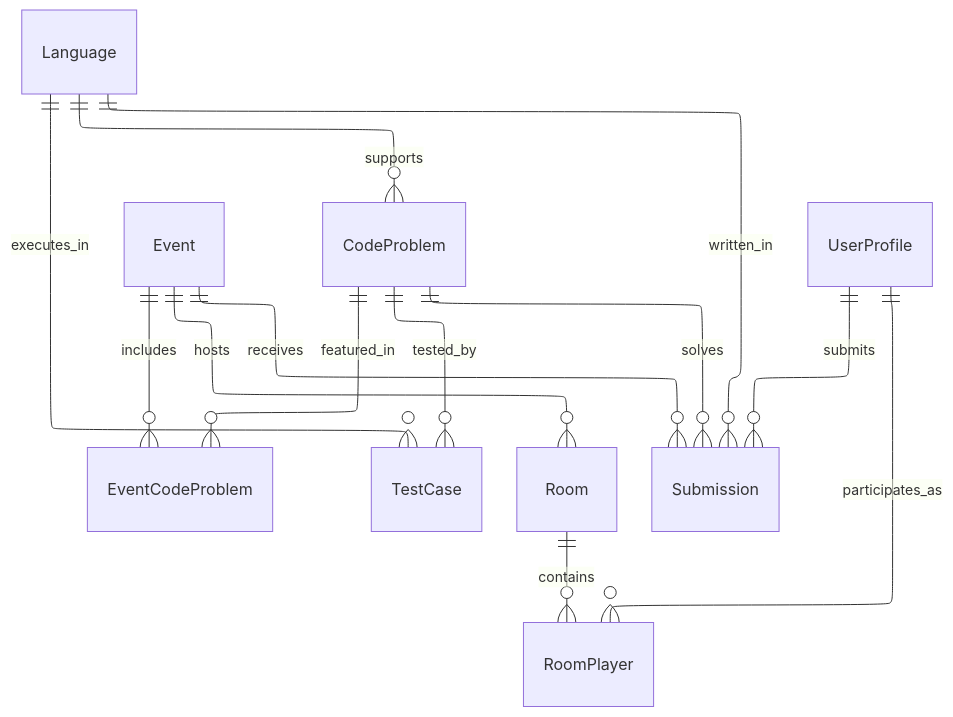
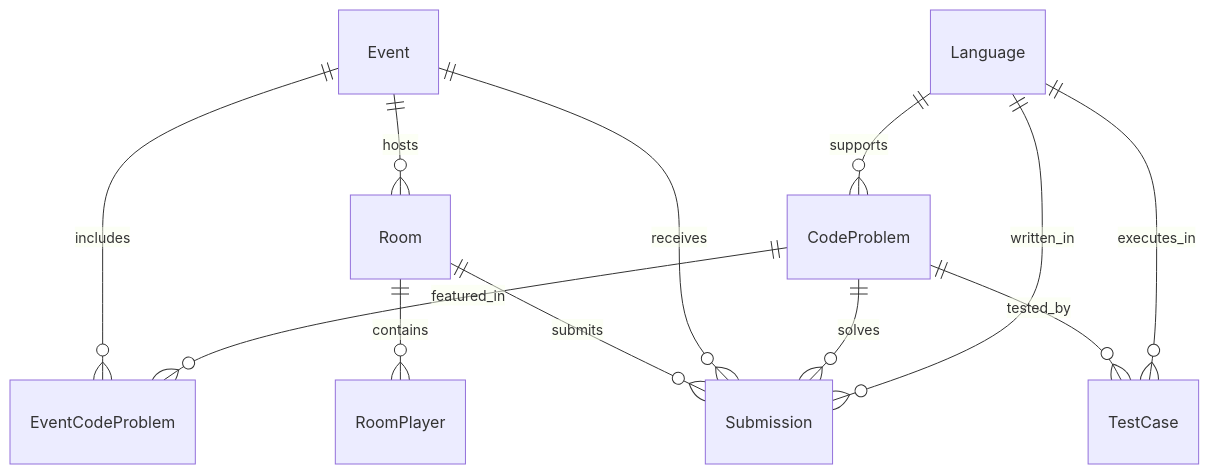
One commit to FA25SE050-RogueLearn/RogueLearn.BMAD.Documentation changed the diagram in mermaid-diagrams/erd/code-battle-service-erd.md. Above: the diagram before and after it, drawn with Mermaid. The commit also changed 7 other files, not shown here.

Commit message:
feat: update database schema for Quests and User academic related tables

````diff
--- a/mermaid-diagrams/erd/code-battle-service-erd.md
+++ b/mermaid-diagrams/erd/code-battle-service-erd.md
@@ -5,19 +5,14 @@
 ```mermaid
----
-config:
-  layout: elk
----
 erDiagram
     Event ||--o{ EventCodeProblem : includes
     CodeProblem ||--o{ EventCodeProblem : featured_in
     CodeProblem ||--o{ TestCase : tested_by
     Language ||--o{ CodeProblem : supports
     Language ||--o{ TestCase : executes_in
     Event ||--o{ Room : hosts
     Room ||--o{ RoomPlayer : contains
-    UserProfile ||--o{ RoomPlayer : participates_as
-    UserProfile ||--o{ Submission : submits
+    Room ||--o{ Submission : submits
     Event ||--o{ Submission : receives
     CodeProblem ||--o{ Submission : solves
     Language ||--o{ Submission : written_in
 ```
````
